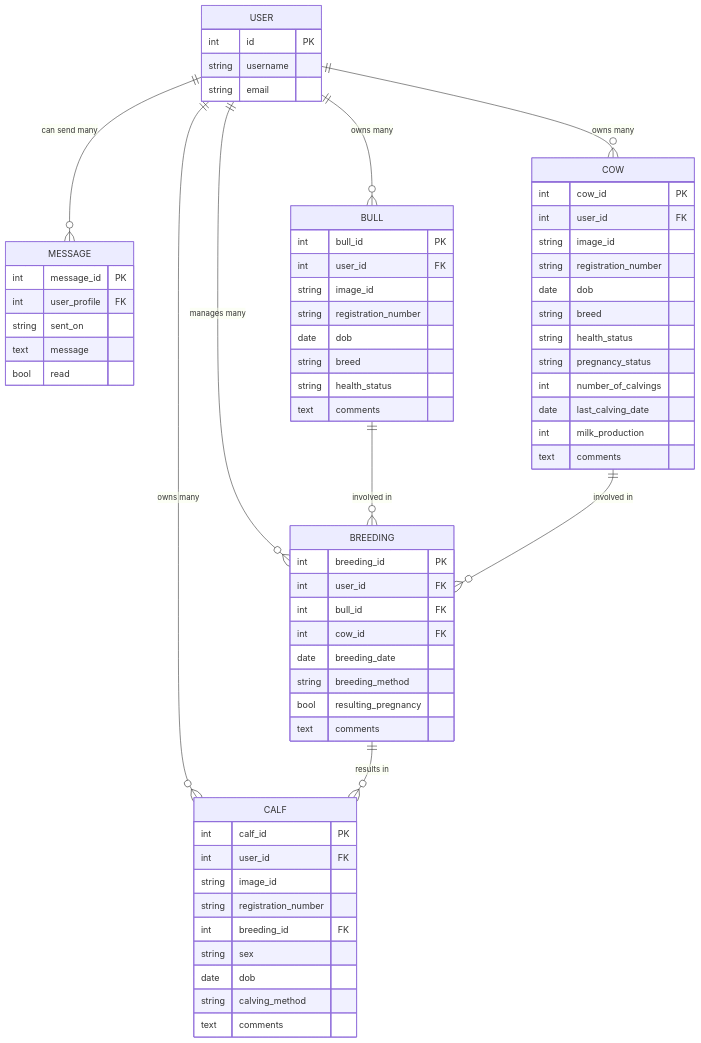
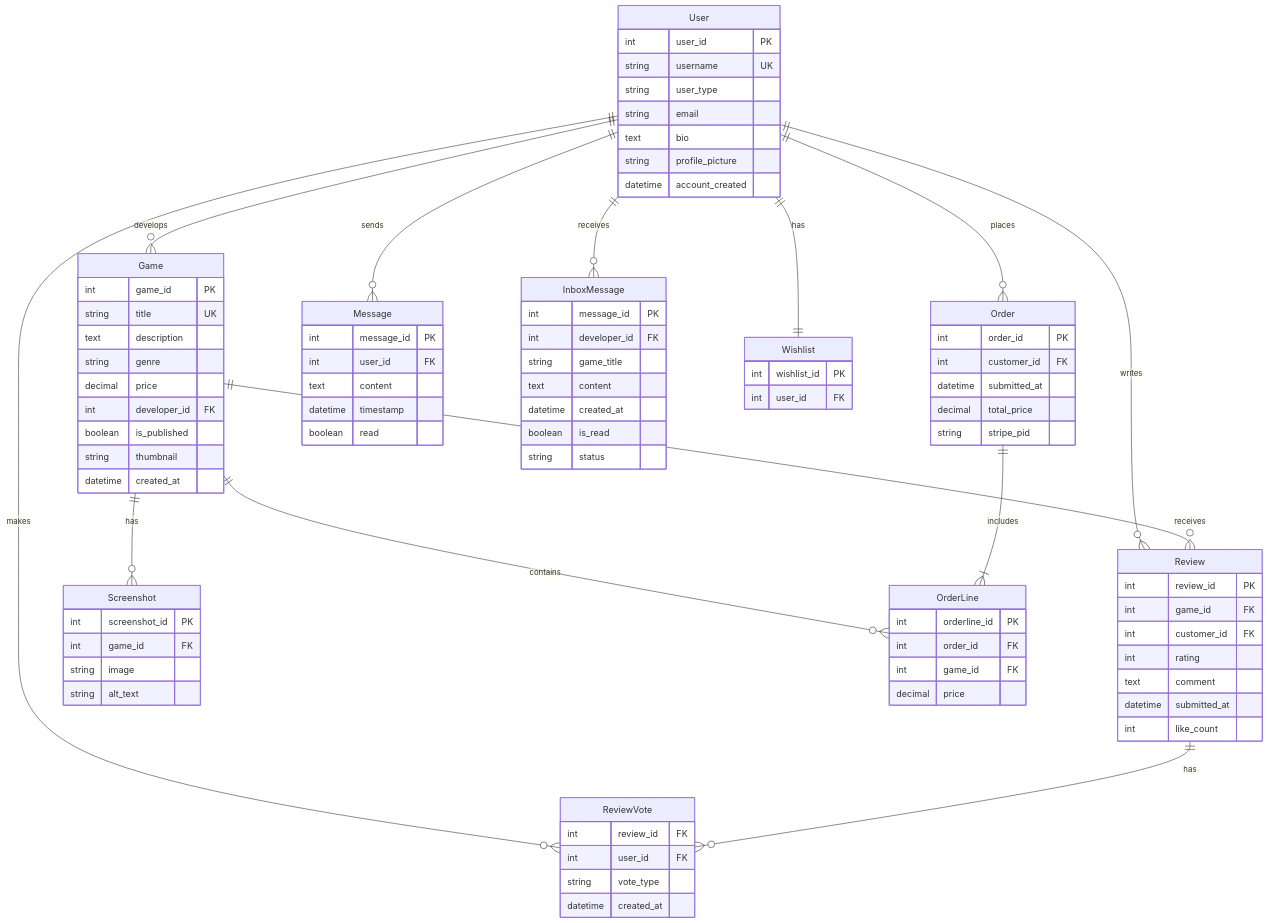
One commit to cthlbrennan/sugra changed the diagram in README.md. Above: the diagram before and after it, drawn with Mermaid. The commit also changed other lines of this file and 15 other files, not shown here.

````diff
--- a/README.md
+++ b/README.md
@@ -423,75 +458,103 @@
 ```mermaid
 erDiagram
-    USER {
-      int id PK
-      string username
-      string email
+    User ||--o{ Game : develops
+    User ||--o{ Order : places
+    User ||--o{ Review : writes
+    User ||--o{ Message : sends
+    User ||--o{ ReviewVote : makes
+    User ||--o{ InboxMessage : receives
+    User ||--|| Wishlist : has
+
+    Game ||--o{ Screenshot : has
+    Game ||--o{ Review : receives
+    Game ||--o{ OrderLine : contains
+
+    Order ||--|{ OrderLine : includes
+
+    Review ||--o{ ReviewVote : has
+
+    User {
+        int user_id PK
+        string username UK
+        string user_type
+        string email
+        text bio
+        string profile_picture
+        datetime account_created
     }
 
-    MESSAGE {
-      int message_id PK
-      int user_profile FK
-      string sent_on
-      text message
-      bool read
+    Game {
+        int game_id PK
+        string title UK
+        text description
+        string genre
+        decimal price
+        int developer_id FK
+        boolean is_published
+        string thumbnail
+        datetime created_at
     }
 
-    BULL {
-      int bull_id PK
-      int user_id FK
-      string image_id
-      string registration_number
-      date dob
-      string breed
-      string health_status
-      text comments
+    Order {
+        int order_id PK
+        int customer_id FK
+        datetime submitted_at
+        decimal total_price
+        string stripe_pid
     }
 
-    COW {
-      int cow_id PK
-      int user_id FK
-      string image_id
-      string registration_number
-      date dob
-      string breed
-      string health_status
-      string pregnancy_status
-      int number_of_calvings
-      date last_calving_date
-      int milk_production
-      text comments
+    OrderLine {
+        int orderline_id PK
+        int order_id FK
+        int game_id FK
+        decimal price
     }
 
-    BREEDING {
-      int breeding_id PK
-      int user_id FK
-      int bull_id FK
-      int cow_id FK
-      date breeding_date
-      string breeding_method
-      bool resulting_pregnancy
-      text comments
+    Review {
+        int review_id PK
+        int game_id FK
+        int customer_id FK
+        int rating
+        text comment
+        datetime submitted_at
+        int like_count
     }
 
-    CALF {
-      int calf_id PK
-      int user_id FK
-      string image_id
-      string registration_number
-      int breeding_id FK
-      string sex
-      date dob
-      string calving_method
-      text comments
+    Screenshot {
+        int screenshot_id PK
+        int game_id FK
+        string image
+        string alt_text
     }
 
-    USER ||--o{ MESSAGE: "can send many"
-    USER ||--o{ BULL: "owns many"
-    USER ||--o{ COW: "owns many"
-    USER ||--o{ BREEDING: "manages many"
-    USER ||--o{ CALF: "owns many"
-    
-    BULL ||--o{ BREEDING: "involved in"
-    COW ||--o{ BREEDING: "involved in"
-    BREEDING ||--o{ CALF: "results in"
-```
+    Message {
+        int message_id PK
+        int user_id FK
+        text content
+        datetime timestamp
+        boolean read
+    }
+
+    InboxMessage {
+        int message_id PK
+        int developer_id FK
+        string game_title
+        text content
+        datetime created_at
+        boolean is_read
+        string status
+    }
+
+    ReviewVote {
+        int review_id FK
+        int user_id FK
+        string vote_type
+        datetime created_at
+    }
+
+    Wishlist {
+        int wishlist_id PK
+        int user_id FK
+    }
+
+  ```
````
